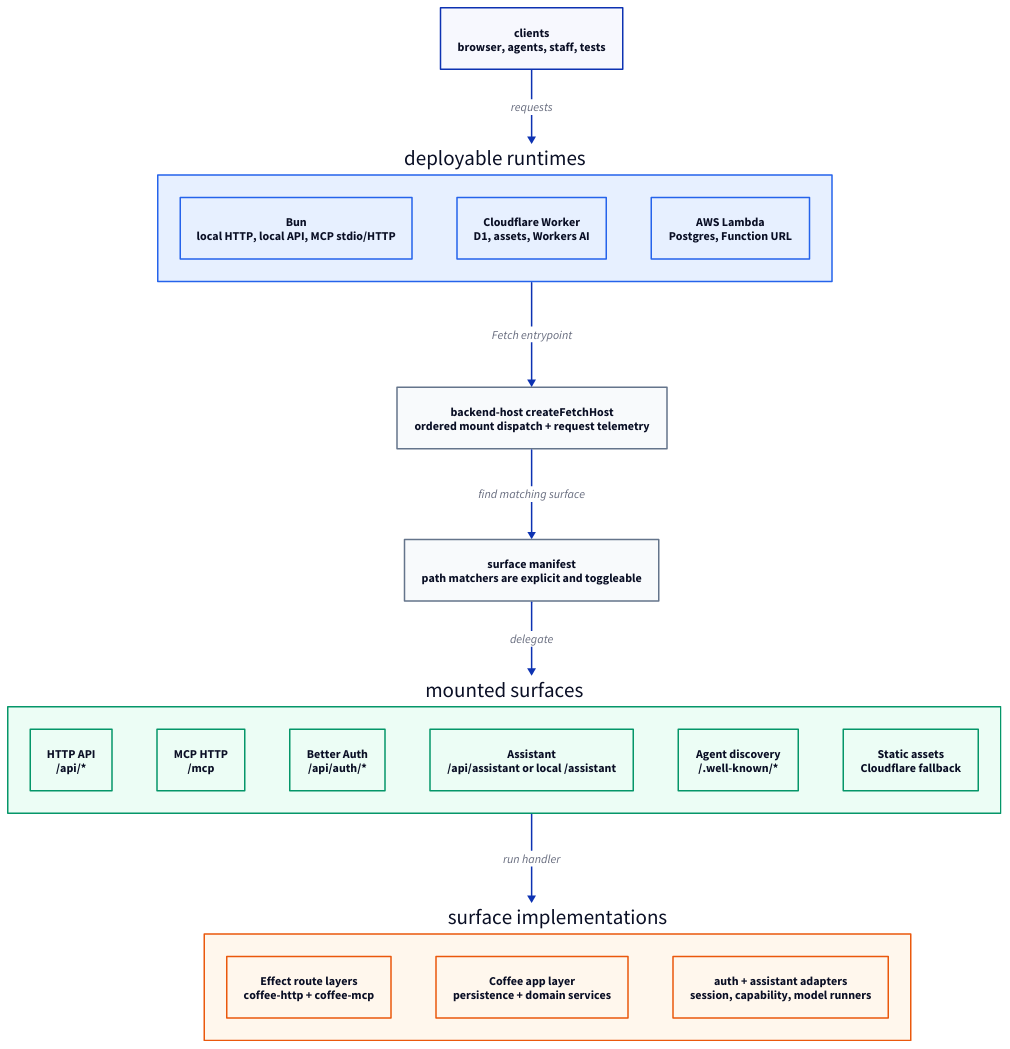
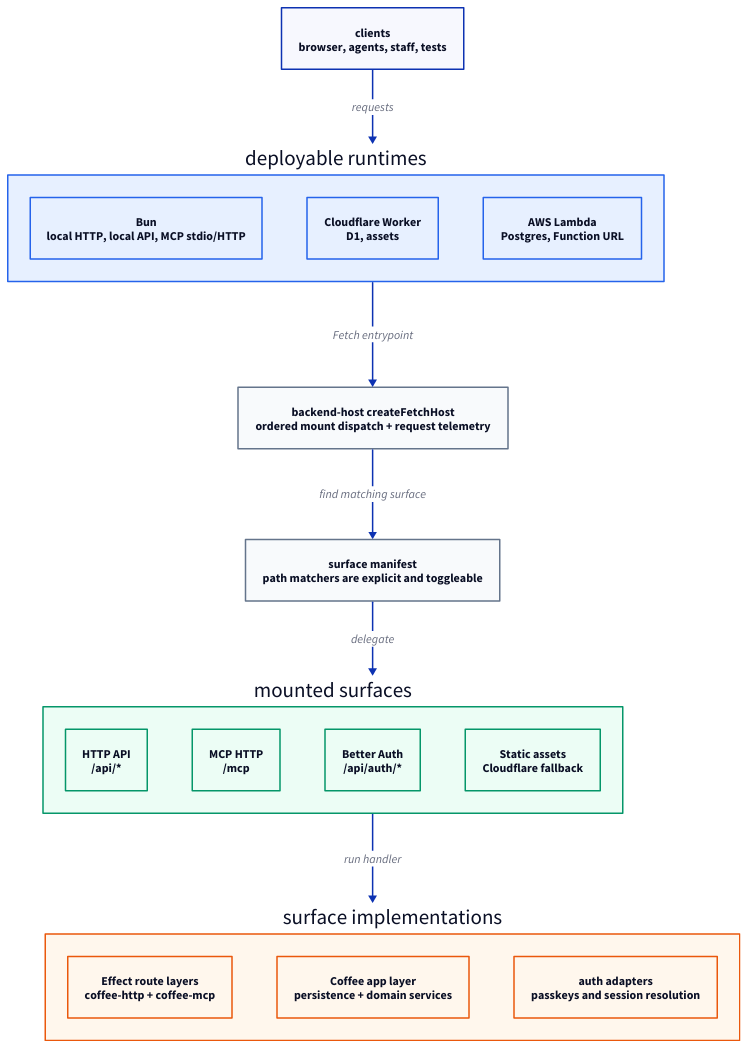
The diagram in docs/architecture/backend-runtime-surfaces.d2 (kevinmichaelchen/effect-coffee-shop), drawn with D2 before and after one commit. The commit also changed 196 other files, not shown here.

```diff
--- a/docs/architecture/backend-runtime-surfaces.d2
+++ b/docs/architecture/backend-runtime-surfaces.d2
@@ -1,84 +1,78 @@
 direction: down
 
 classes: {
   runtime: {
     style.fill: "#E7F0FF"
     style.stroke: "#2563EB"
   }
   host: {
     style.fill: "#F8FAFC"
     style.stroke: "#64748B"
   }
   surface: {
     style.fill: "#ECFDF5"
     style.stroke: "#059669"
   }
   implementation: {
     style.fill: "#FFF7ED"
     style.stroke: "#EA580C"
   }
 }
 
 clients: "clients\nbrowser, agents, staff, tests"
 
 runtimes: "deployable runtimes" {
   class: runtime
   bun: "Bun\nlocal HTTP, local API, MCP stdio/HTTP" {
     class: runtime
   }
-  cloudflare: "Cloudflare Worker\nD1, assets, Workers AI" {
+  cloudflare: "Cloudflare Worker\nD1, assets" {
     class: runtime
   }
   aws: "AWS Lambda\nPostgres, Function URL" {
     class: runtime
   }
 }
 
 fetch_host: "backend-host createFetchHost\nordered mount dispatch + request telemetry" {
   class: host
 }
 
 mount_manifest: "surface manifest\npath matchers are explicit and toggleable" {
   class: host
 }
 
 surfaces: "mounted surfaces" {
   class: surface
   api: "HTTP API\n/api/*" {
     class: surface
   }
   mcp: "MCP HTTP\n/mcp" {
     class: surface
   }
   auth: "Better Auth\n/api/auth/*" {
     class: surface
   }
-  assistant: "Assistant\n/api/assistant or local /assistant" {
-    class: surface
-  }
-  discovery: "Agent discovery\n/.well-known/*" {
-    class: surface
-  }
   assets: "Static assets\nCloudflare fallback" {
     class: surface
   }
 }
 
 implementations: "surface implementations" {
   class: implementation
   route_layers: "Effect route layers\ncoffee-http + coffee-mcp" {
     class: implementation
   }
   app_layer: "Coffee app layer\npersistence + domain services" {
     class: implementation
   }
-  auth_assistant: "auth + assistant adapters\nsession, capability, model runners" {
+  auth: "auth adapters\npasskeys and session resolution" {
     class: implementation
   }
 }
 
 clients -> runtimes: "requests"
 runtimes -> fetch_host: "Fetch entrypoint"
 fetch_host -> mount_manifest: "find matching surface"
 mount_manifest -> surfaces: "delegate"
 surfaces -> implementations: "run handler"
```
